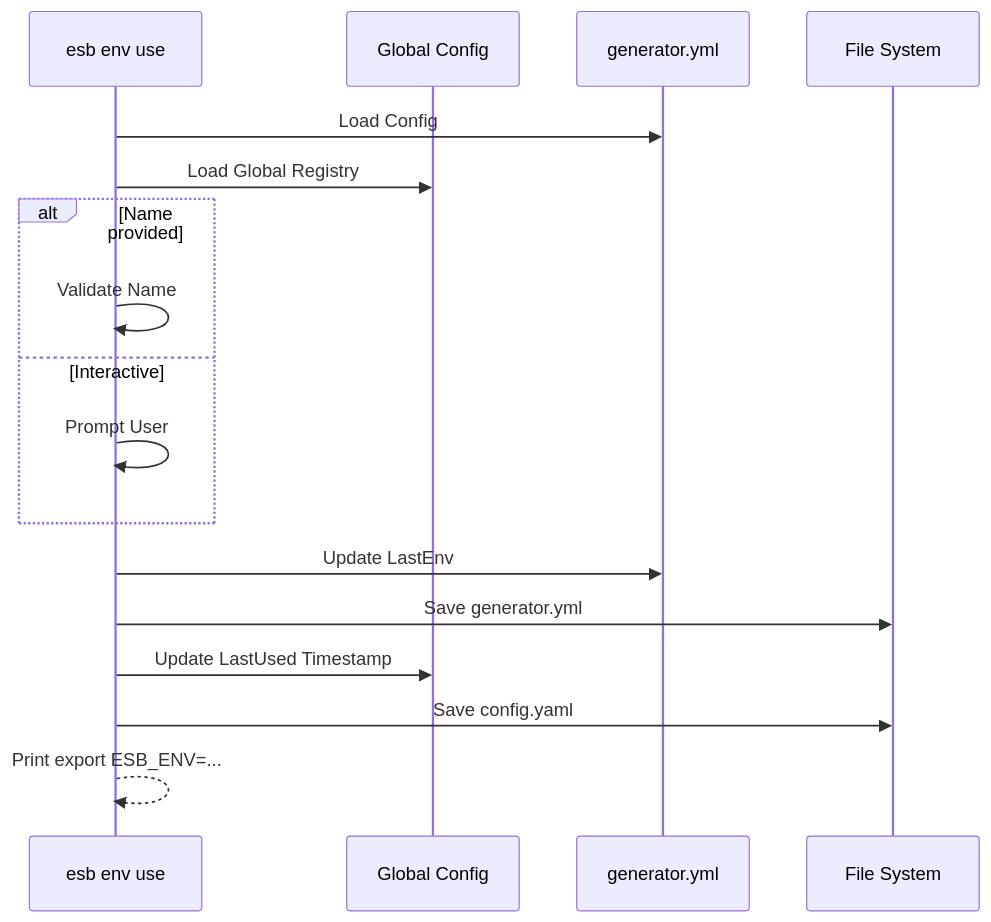
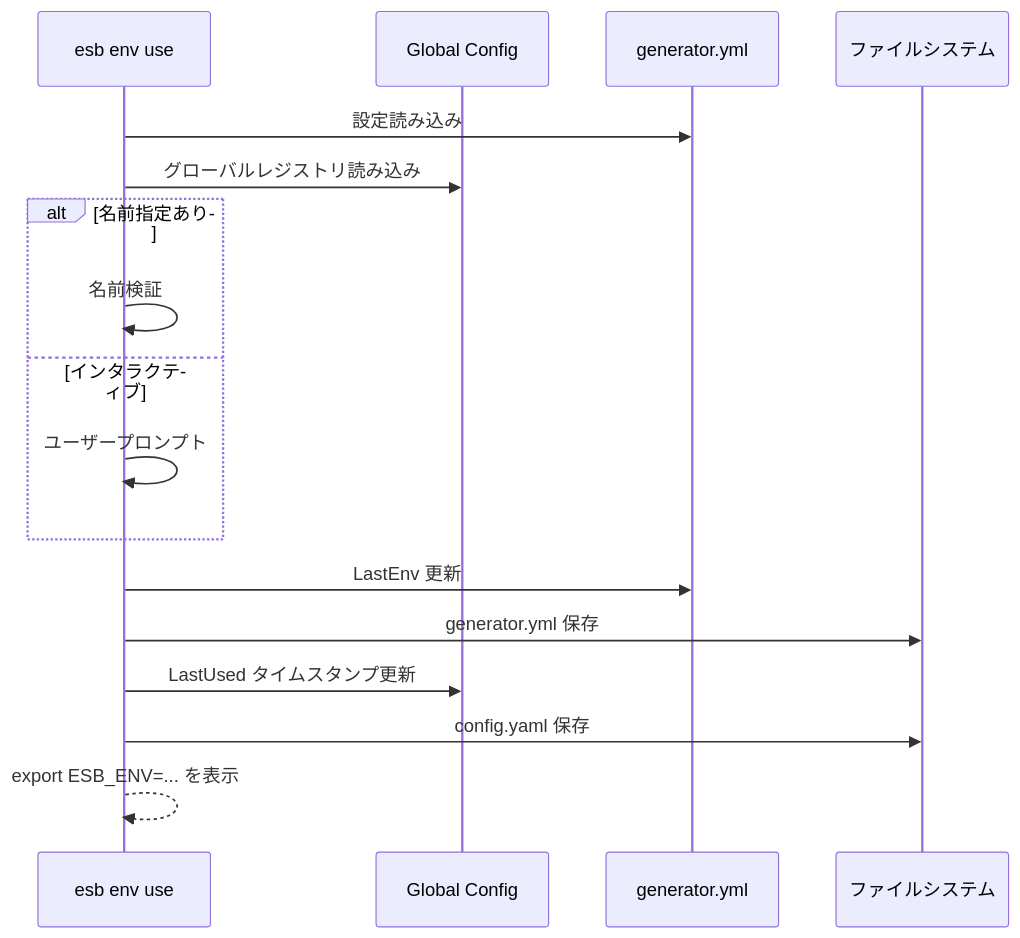
One commit to poruru-code/esb-cli changed the second of 2 diagrams in docs/env.md. Above: the diagram before and after it, drawn with Mermaid. The commit also changed other lines of this file and 12 other files, not shown here.

First line of the commit message:
Translate CLI documentation to Japanese and fix Mermaid syntax

````diff
--- a/docs/env.md
+++ b/docs/env.md
@@ -84,24 +84,24 @@
 ```mermaid
 sequenceDiagram
     participant CLI as esb env use
     participant Config as Global Config
     participant Generator as generator.yml
-    participant FS as File System
+    participant FS as ファイルシステム
 
-    CLI->>Generator: Load Config
-    CLI->>Config: Load Global Registry
+    CLI->>Generator: 設定読み込み
+    CLI->>Config: グローバルレジストリ読み込み
 
-    alt Name provided
-        CLI->>CLI: Validate Name
-    else Interactive
-        CLI->>CLI: Prompt User
+    alt 名前指定あり
+        CLI->>CLI: 名前検証
+    else インタラクティブ
+        CLI->>CLI: ユーザープロンプト
     end
 
-    CLI->>Generator: Update LastEnv
-    CLI->>FS: Save generator.yml
+    CLI->>Generator: LastEnv 更新
+    CLI->>FS: generator.yml 保存
 
-    CLI->>Config: Update LastUsed Timestamp
-    CLI->>FS: Save config.yaml
+    CLI->>Config: LastUsed タイムスタンプ更新
+    CLI->>FS: config.yaml 保存
 
-    CLI-->>CLI: Print export ESB_ENV=...
+    CLI-->>CLI: export ESB_ENV=... を表示
 ```
````
